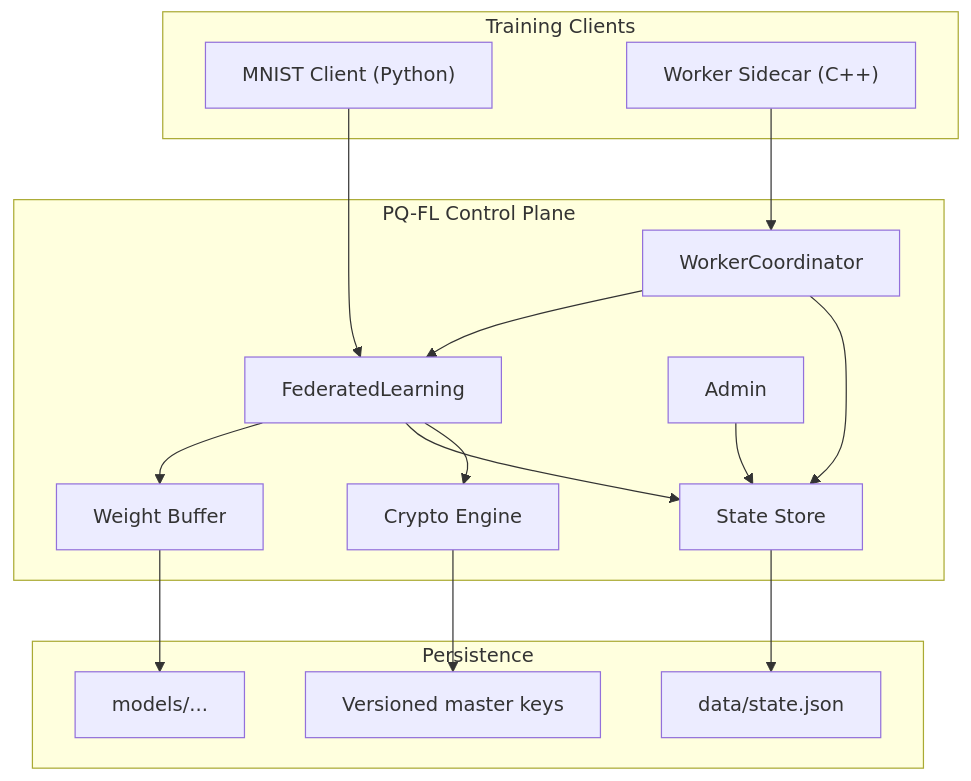
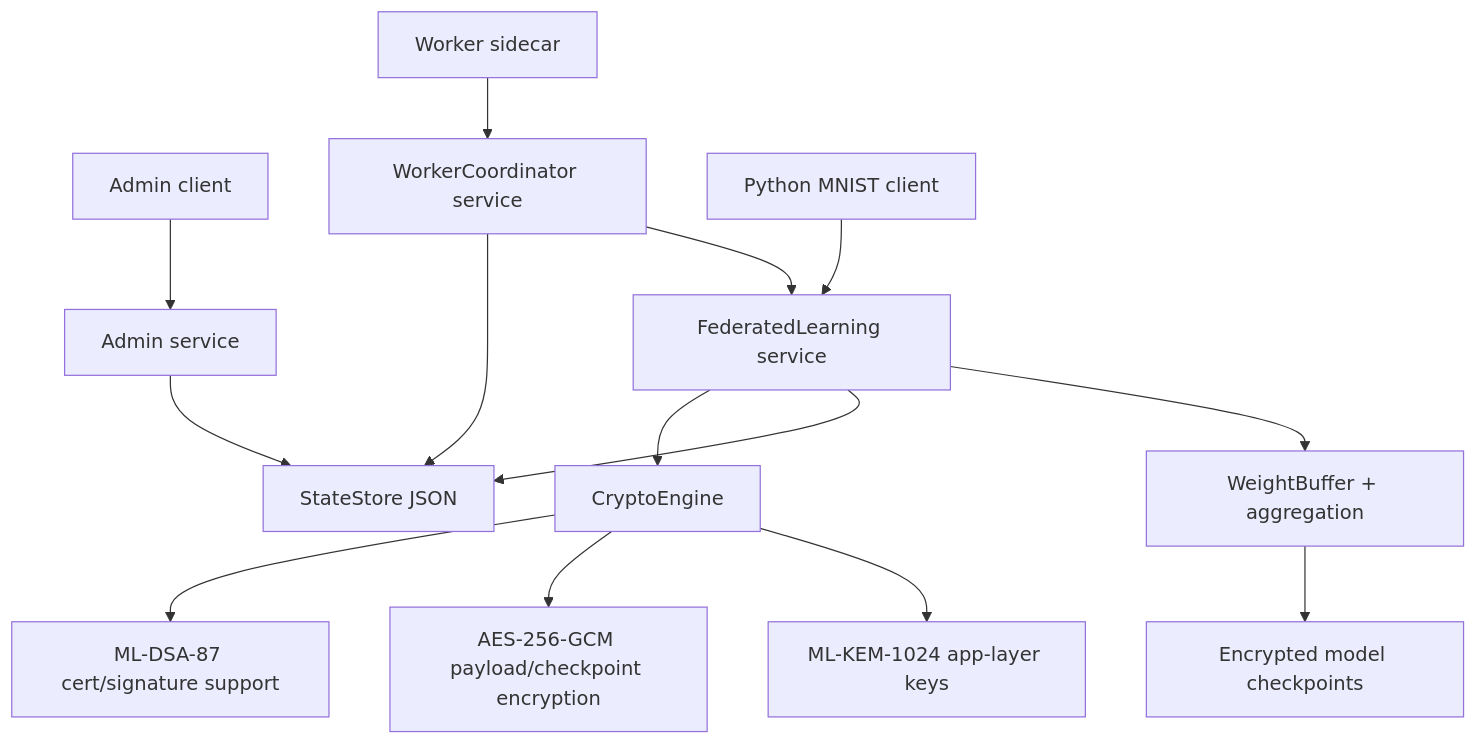
Before and after one commit to Sujithb128989/PQ-FL: the diagram in README.md, drawn with Mermaid. The commit also changed other lines of this file and 16 other files, not shown here.

````diff
--- a/README.md
+++ b/README.md
@@ -22,34 +36,16 @@
 ```mermaid
 graph TD
-    subgraph Clients ["Training Clients"]
-        C1["MNIST Client (Python)"]
-        C2["Worker Sidecar (C++)"]
-    end
-
-    subgraph Server ["PQ-FL Control Plane"]
-        FL["FederatedLearning"]
-        ADMIN["Admin"]
-        WORK["WorkerCoordinator"]
-        STORE["State Store"]
-        BUF["Weight Buffer"]
-        CRYPTO["Crypto Engine"]
-    end
-
-    subgraph Disk ["Persistence"]
-        STATE["data/state.json"]
-        MODELS["models/..."]
-        KEYS["Versioned master keys"]
-    end
-
-    C1 --> FL
-    C2 --> WORK
-    WORK --> FL
-    ADMIN --> STORE
-    FL --> BUF
-    FL --> STORE
-    FL --> CRYPTO
-    WORK --> STORE
-    STORE --> STATE
-    CRYPTO --> KEYS
-    BUF --> MODELS
+    A["Admin client"] --> B["Admin service"]
+    W["Worker sidecar"] --> C["WorkerCoordinator service"]
+    M["Python MNIST client"] --> D["FederatedLearning service"]
+    C --> D
+    D --> E["WeightBuffer + aggregation"]
+    D --> F["StateStore JSON"]
+    C --> F
+    B --> F
+    E --> G["Encrypted model checkpoints"]
+    D --> H["CryptoEngine"]
+    H --> I["ML-KEM-1024 app-layer keys"]
+    H --> J["AES-256-GCM payload/checkpoint encryption"]
+    H --> K["ML-DSA-87 cert/signature support"]
 ```
````
